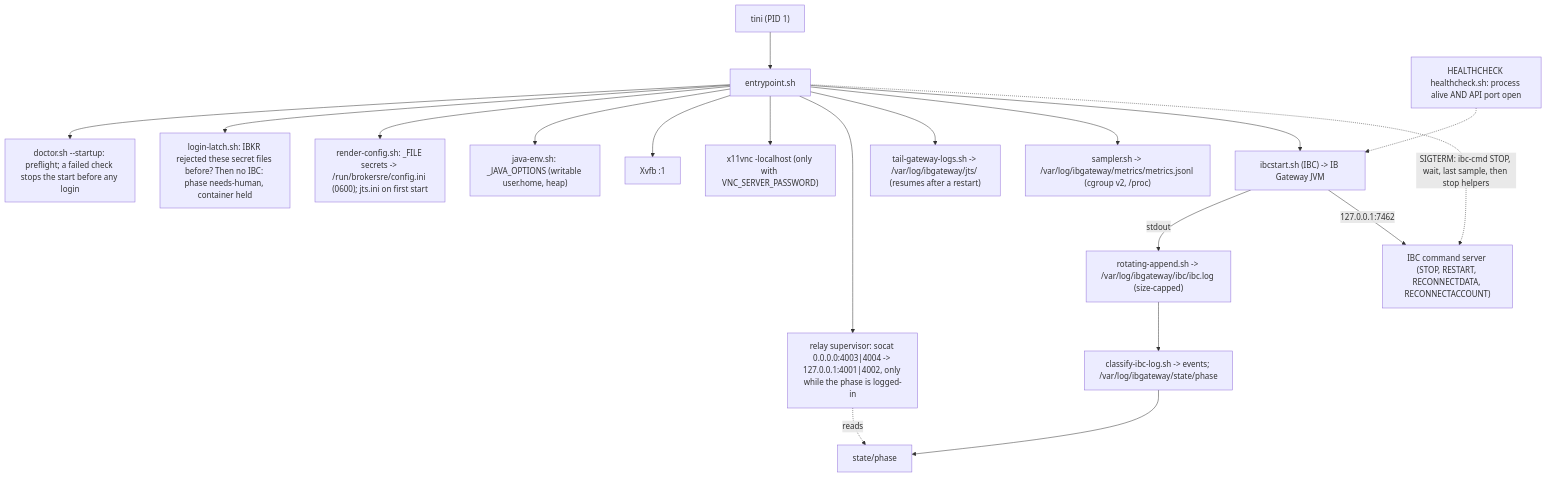
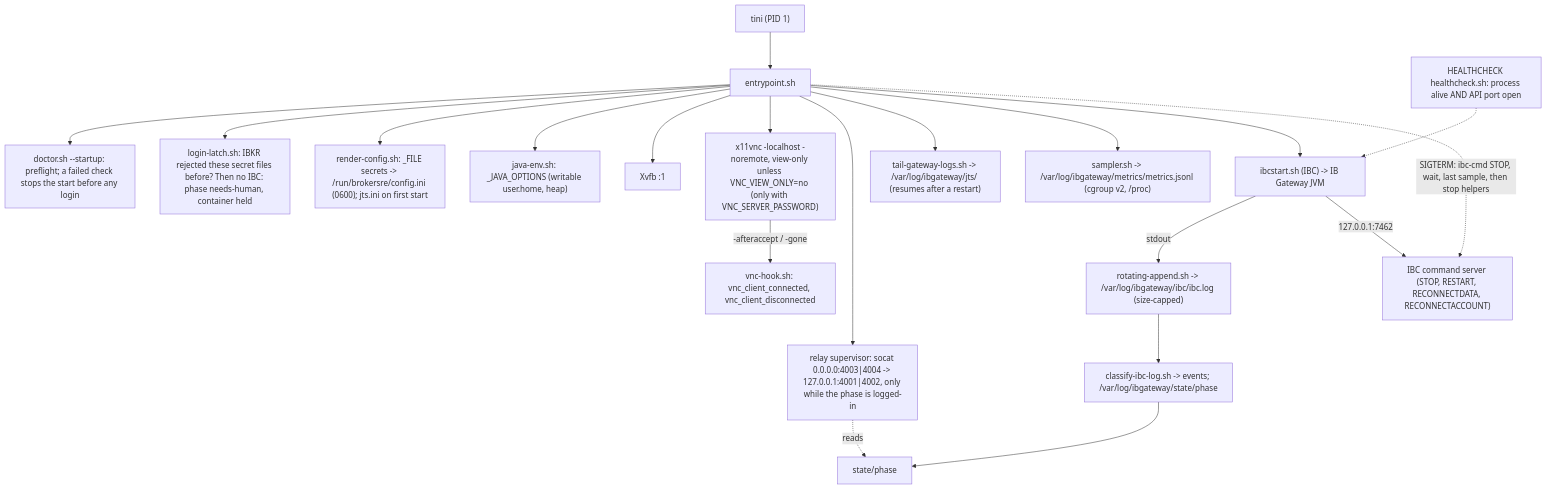
One commit to RocketEdge/brokersre-ib-gateway changed the second of 3 diagrams in docs/architecture.md. Above: the diagram before and after it, drawn with Mermaid. The commit also changed other lines of this file and 10 other files, not shown here.

````diff
--- a/docs/architecture.md
+++ b/docs/architecture.md
@@ -25,21 +25,22 @@
 ```mermaid
 flowchart TB
   tini["tini (PID 1)"] --> ep["entrypoint.sh"]
   ep --> doctor["doctor.sh --startup: preflight; a failed check stops the start before any login"]
   ep --> latch["login-latch.sh: IBKR rejected these secret files before? Then no IBC: phase needs-human, container held"]
   ep --> render["render-config.sh: _FILE secrets -> /run/brokersre/config.ini (0600); jts.ini on first start"]
   ep --> javaenv["java-env.sh: _JAVA_OPTIONS (writable user.home, heap)"]
   ep --> xvfb["Xvfb :1"]
-  ep --> vnc["x11vnc -localhost (only with VNC_SERVER_PASSWORD)"]
+  ep --> vnc["x11vnc -localhost -noremote, view-only unless VNC_VIEW_ONLY=no (only with VNC_SERVER_PASSWORD)"]
+  vnc -- "-afteraccept / -gone" --> vnchook["vnc-hook.sh: vnc_client_connected, vnc_client_disconnected"]
   ep --> relay["relay supervisor: socat 0.0.0.0:4003|4004 -> 127.0.0.1:4001|4002, only while the phase is logged-in"]
   ep --> tail["tail-gateway-logs.sh -> /var/log/ibgateway/jts/ (resumes after a restart)"]
   ep --> sampler["sampler.sh -> /var/log/ibgateway/metrics/metrics.jsonl (cgroup v2, /proc)"]
   ep --> ibc["ibcstart.sh (IBC) -> IB Gateway JVM"]
   ibc -- "stdout" --> rot["rotating-append.sh -> /var/log/ibgateway/ibc/ibc.log (size-capped)"]
   rot --> classify["classify-ibc-log.sh -> events; /var/log/ibgateway/state/phase"]
   relay -. "reads" .-> phase["state/phase"]
   classify --> phase
   ibc -- "127.0.0.1:7462" --> cmd["IBC command server (STOP, RESTART, RECONNECTDATA, RECONNECTACCOUNT)"]
   ep -. "SIGTERM: ibc-cmd STOP, wait, last sample, then stop helpers" .-> cmd
   hc["HEALTHCHECK healthcheck.sh: process alive AND API port open"] -.-> ibc
 ```
````
